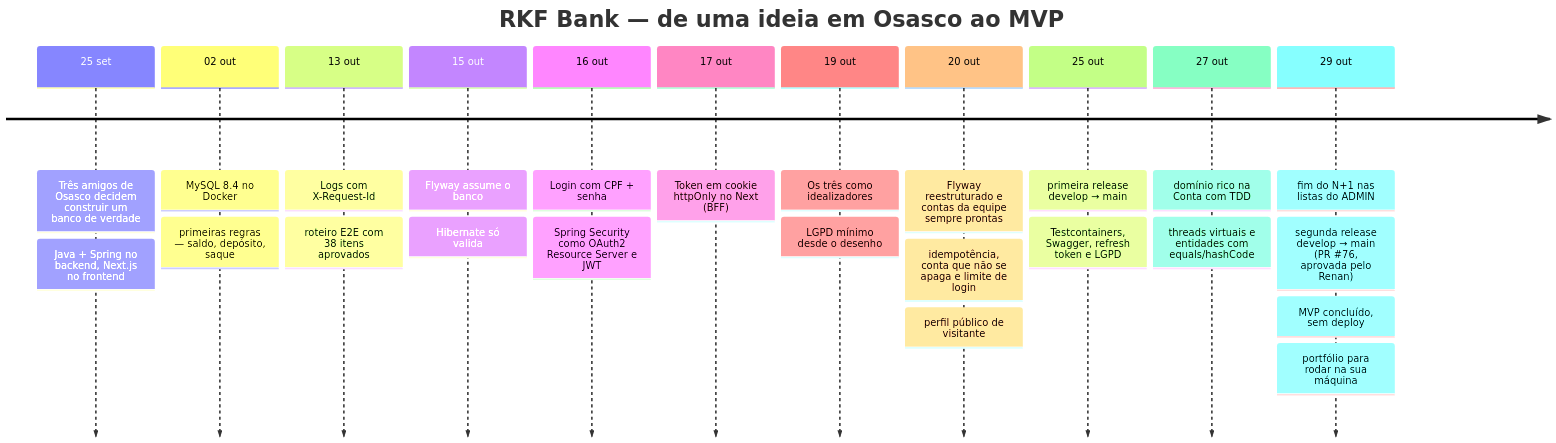
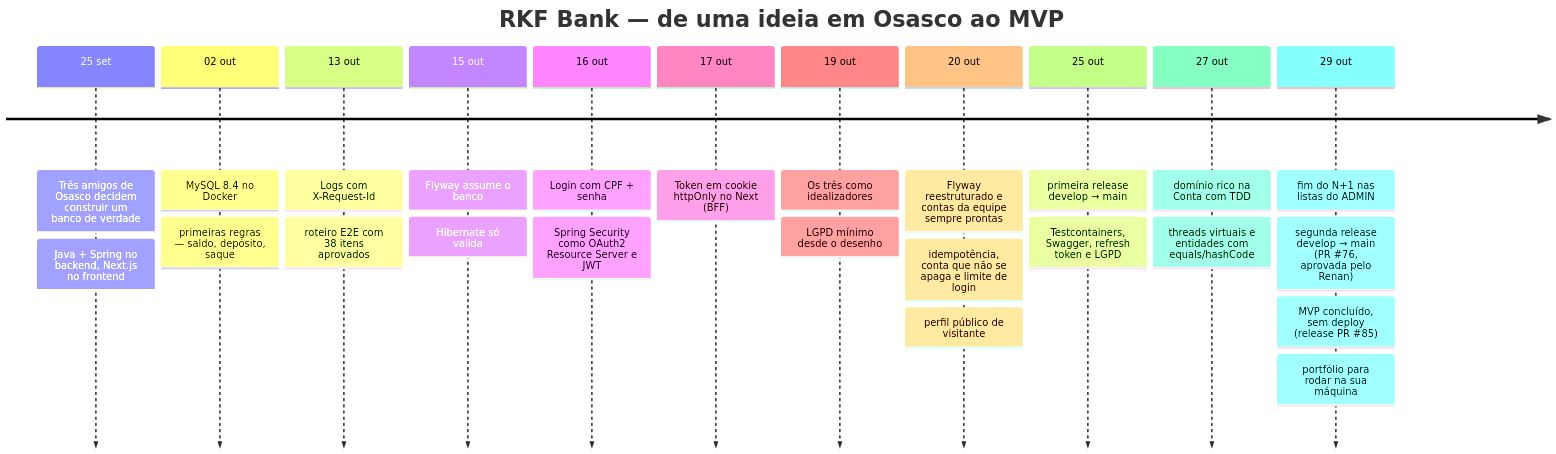
Before and after one commit to k3vinrich4rd/k3vinrich4rd: the fourth of 22 diagrams in README.md, drawn with Mermaid. The commit also changed other lines of this file and 6 other files, not shown here.

````diff
--- a/README.md
+++ b/README.md
@@ -554,15 +554,15 @@
 ```mermaid
 timeline
     title RKF Bank — de uma ideia em Osasco ao MVP
     25 set : Três amigos de Osasco decidem construir um banco de verdade : Java + Spring no backend, Next.js no frontend
     02 out : MySQL 8.4 no Docker : primeiras regras — saldo, depósito, saque
     13 out : Logs com X-Request-Id : roteiro E2E com 38 itens aprovados
     15 out : Flyway assume o banco : Hibernate só valida
     16 out : Login com CPF + senha : Spring Security como OAuth2 Resource Server e JWT
     17 out : Token em cookie httpOnly no Next (BFF)
     19 out : Os três como idealizadores : LGPD mínimo desde o desenho
     20 out : Flyway reestruturado e contas da equipe sempre prontas : idempotência, conta que não se apaga e limite de login : perfil público de visitante
     25 out : primeira release develop → main : Testcontainers, Swagger, refresh token e LGPD
     27 out : domínio rico na Conta com TDD : threads virtuais e entidades com equals/hashCode
-    29 out : fim do N+1 nas listas do ADMIN : segunda release develop → main (PR #76, aprovada pelo Renan) : MVP concluído, sem deploy: portfólio para rodar na sua máquina
+    29 out : fim do N+1 nas listas do ADMIN : segunda release develop → main (PR #76, aprovada pelo Renan) : MVP concluído, sem deploy (release PR #85): portfólio para rodar na sua máquina
 ```
````
